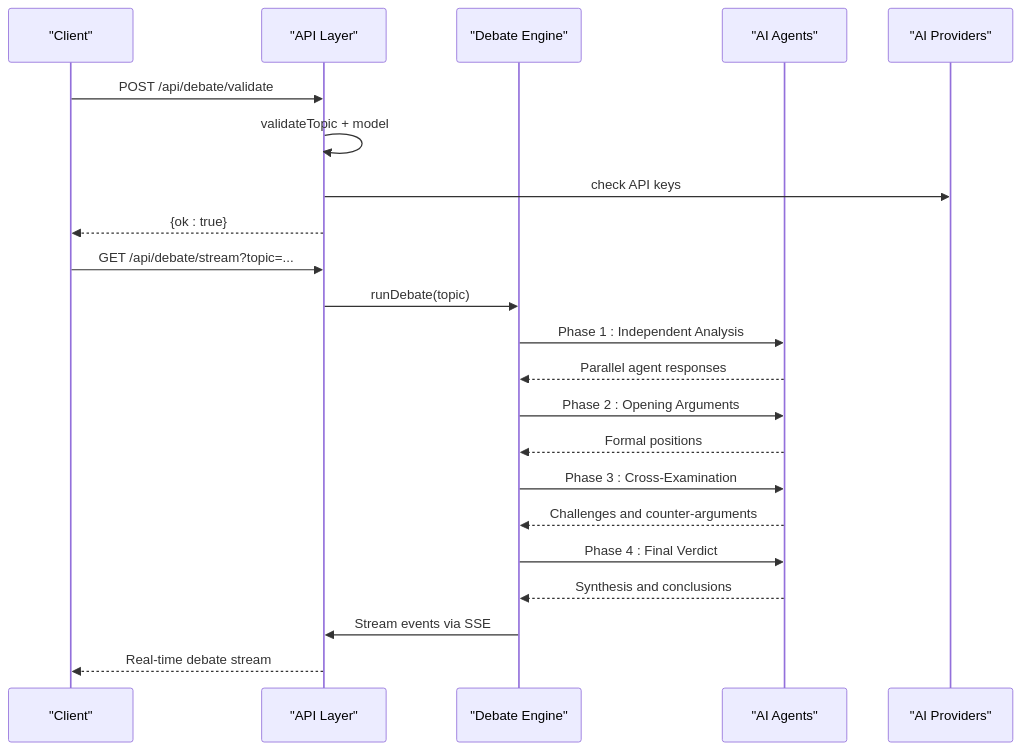
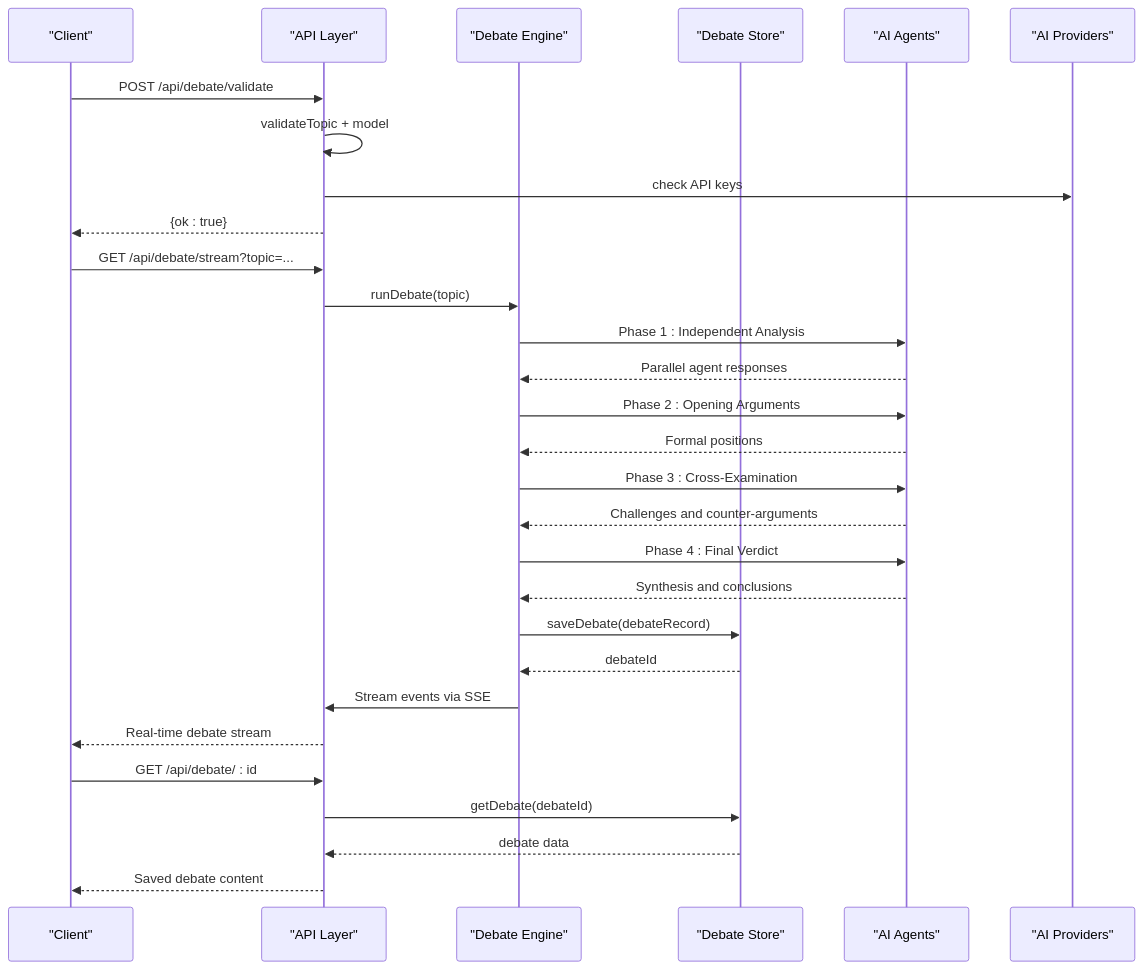
The second of 3 diagrams in .qoder/repowiki/en/content/Research & Discussion Platform/Discussion API Endpoints.md (RunTimeAdmin/tri-ai), drawn with Mermaid before and after one commit. The commit also changed other lines of this file and 139 other files, not shown here.

````diff
--- a/.qoder/repowiki/en/content/Research & Discussion Platform/Discussion API Endpoints.md
+++ b/.qoder/repowiki/en/content/Research & Discussion Platform/Discussion API Endpoints.md
@@ -113,24 +132,31 @@
 ```mermaid
 sequenceDiagram
 participant Client as "Client"
 participant API as "API Layer"
 participant Engine as "Debate Engine"
+participant Store as "Debate Store"
 participant Agents as "AI Agents"
 participant Providers as "AI Providers"
 Client->>API : POST /api/debate/validate
 API->>API : validateTopic + model
 API->>Providers : check API keys
 API-->>Client : {ok : true}
 Client->>API : GET /api/debate/stream?topic=...
 API->>Engine : runDebate(topic)
 Engine->>Agents : Phase 1 : Independent Analysis
 Agents-->>Engine : Parallel agent responses
 Engine->>Agents : Phase 2 : Opening Arguments
 Agents-->>Engine : Formal positions
 Engine->>Agents : Phase 3 : Cross-Examination
 Agents-->>Engine : Challenges and counter-arguments
 Engine->>Agents : Phase 4 : Final Verdict
 Agents-->>Engine : Synthesis and conclusions
+Engine->>Store : saveDebate(debateRecord)
+Store-->>Engine : debateId
 Engine->>API : Stream events via SSE
 API-->>Client : Real-time debate stream
+Client->>API : GET /api/debate/ : id
+API->>Store : getDebate(debateId)
+Store-->>API : debate data
+API-->>Client : Saved debate content
 ```
````
